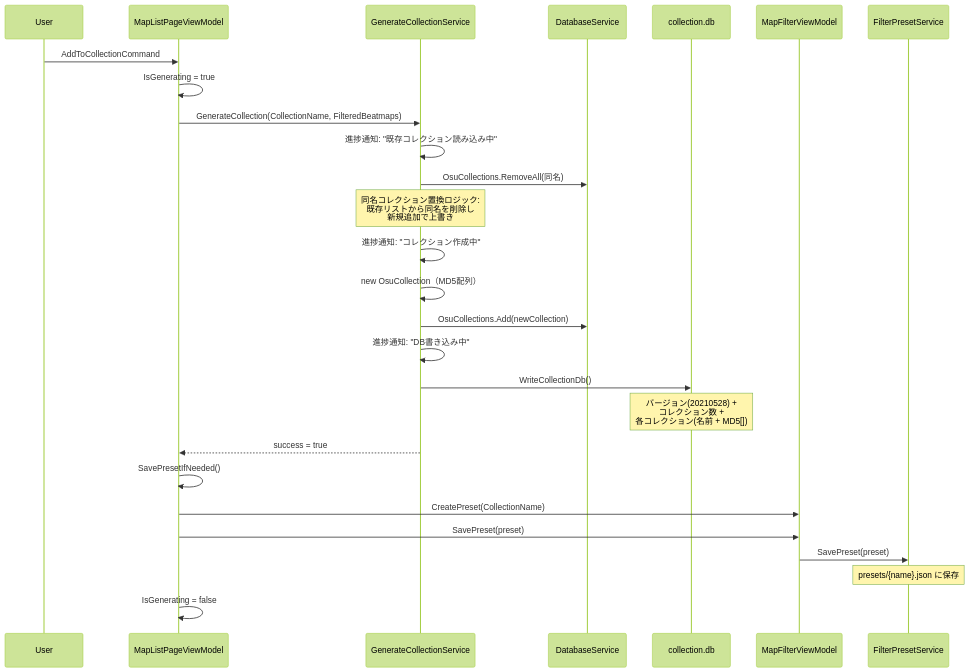
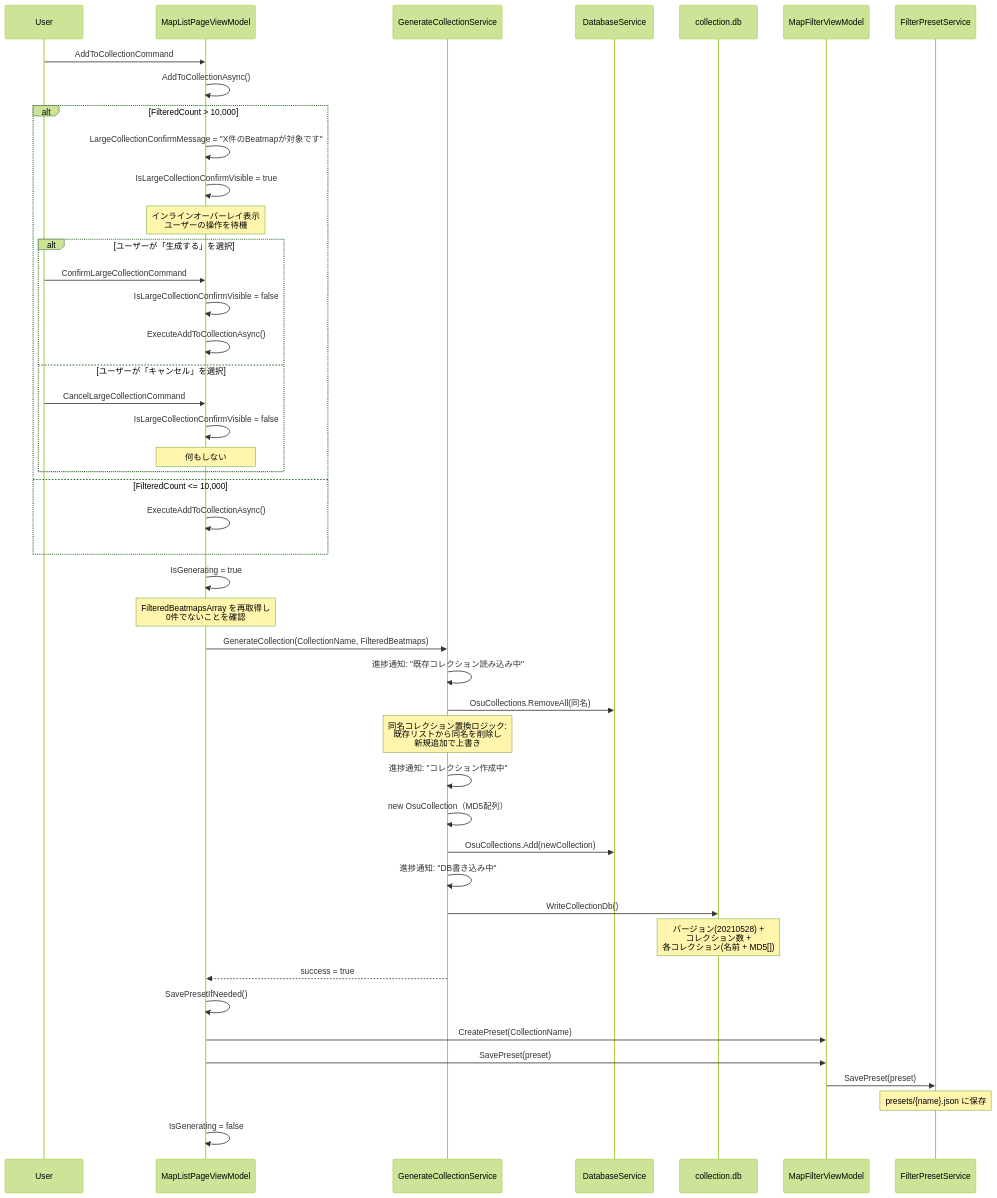
Before and after one commit to rice5941/NakuruTool_Avalonia_AOT: the fifth of 13 diagrams in docs/DATA_FLOW.md, drawn with Mermaid (forest theme). The commit also changed 6 other files, not shown here.

````diff
--- a/docs/DATA_FLOW.md
+++ b/docs/DATA_FLOW.md
@@ -204,33 +204,53 @@
 ```mermaid
 sequenceDiagram
     participant User
     participant MLPVM as MapListPageViewModel
     participant GCS as GenerateCollectionService
     participant DS as DatabaseService
     participant File as collection.db
     participant FVM as MapFilterViewModel
     participant FPS as FilterPresetService
 
     User->>MLPVM: AddToCollectionCommand
+    MLPVM->>MLPVM: AddToCollectionAsync()
+
+    alt FilteredCount > 10,000
+        MLPVM->>MLPVM: LargeCollectionConfirmMessage = "X件のBeatmapが対象です"
+        MLPVM->>MLPVM: IsLargeCollectionConfirmVisible = true
+        Note over MLPVM: インラインオーバーレイ表示<br/>ユーザーの操作を待機
+        alt ユーザーが「生成する」を選択
+            User->>MLPVM: ConfirmLargeCollectionCommand
+            MLPVM->>MLPVM: IsLargeCollectionConfirmVisible = false
+            MLPVM->>MLPVM: ExecuteAddToCollectionAsync()
+        else ユーザーが「キャンセル」を選択
+            User->>MLPVM: CancelLargeCollectionCommand
+            MLPVM->>MLPVM: IsLargeCollectionConfirmVisible = false
+            Note over MLPVM: 何もしない
+        end
+    else FilteredCount <= 10,000
+        MLPVM->>MLPVM: ExecuteAddToCollectionAsync()
+    end
+
     MLPVM->>MLPVM: IsGenerating = true
+    Note over MLPVM: FilteredBeatmapsArray を再取得し<br/>0件でないことを確認
 
     MLPVM->>GCS: GenerateCollection(CollectionName, FilteredBeatmaps)
     GCS->>GCS: 進捗通知: "既存コレクション読み込み中"
     GCS->>DS: OsuCollections.RemoveAll(同名)
     Note over GCS: 同名コレクション置換ロジック:<br/>既存リストから同名を削除し<br/>新規追加で上書き
     GCS->>GCS: 進捗通知: "コレクション作成中"
     GCS->>GCS: new OsuCollection（MD5配列）
     GCS->>DS: OsuCollections.Add(newCollection)
     GCS->>GCS: 進捗通知: "DB書き込み中"
     GCS->>File: WriteCollectionDb()
     Note over File: バージョン(20210528) +<br/>コレクション数 +<br/>各コレクション(名前 + MD5[])
     GCS-->>MLPVM: success = true
 
     MLPVM->>MLPVM: SavePresetIfNeeded()
     MLPVM->>FVM: CreatePreset(CollectionName)
     MLPVM->>FVM: SavePreset(preset)
     FVM->>FPS: SavePreset(preset)
     Note over FPS: presets/{name}.json に保存
 
     MLPVM->>MLPVM: IsGenerating = false
 ```
````
